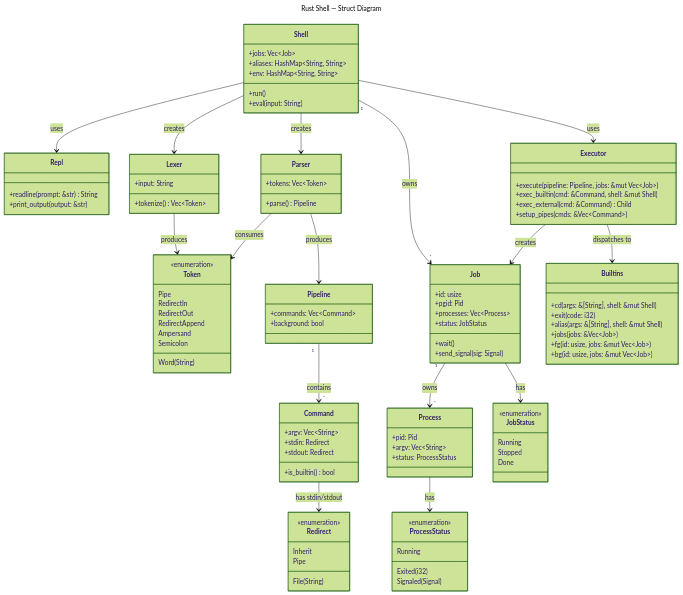
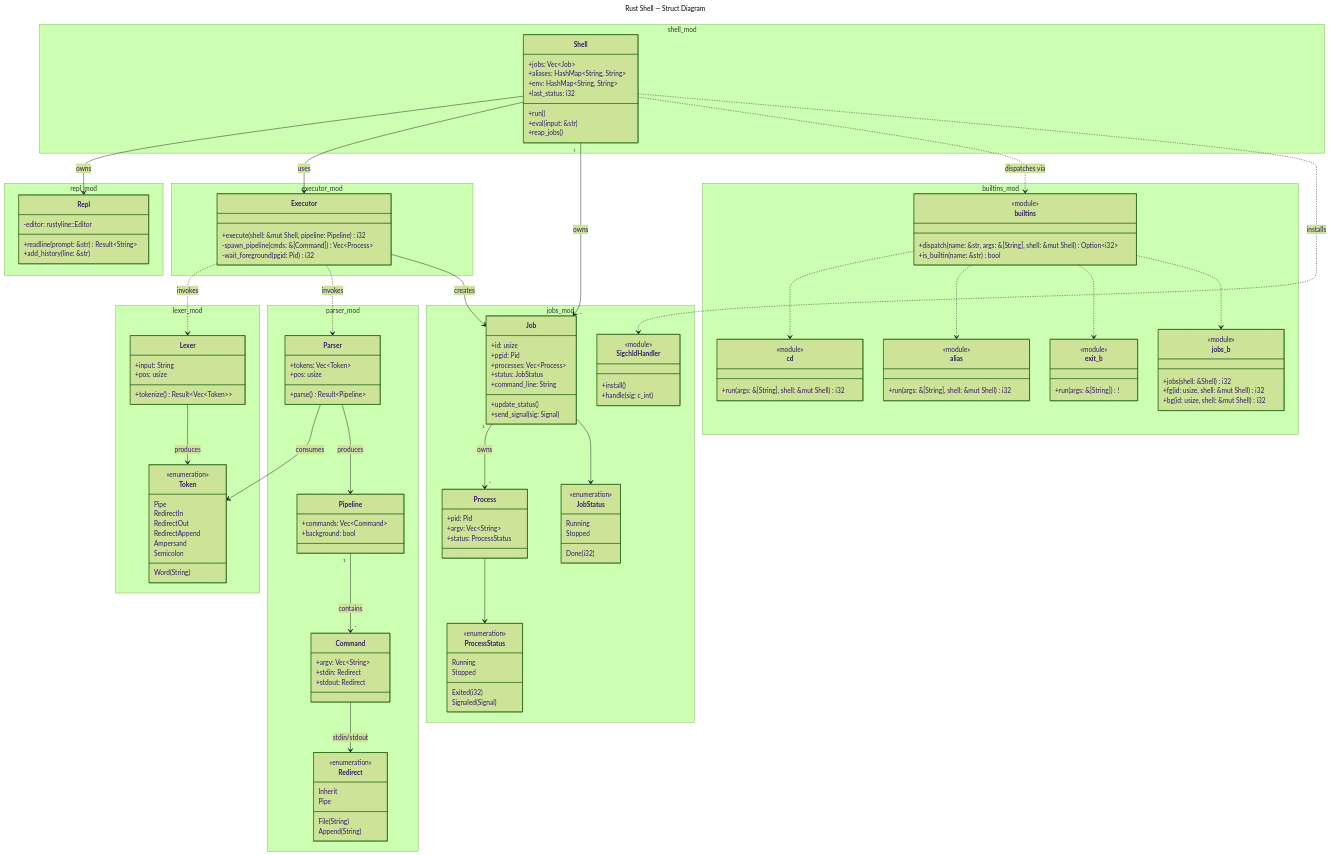
One commit to sailfact/rsh changed the diagram in Docs/shell_uml.mermaid. Above: the diagram before and after it, drawn with Mermaid (forest theme). The commit also changed 10 other files, not shown here.

```diff
--- a/Docs/shell_uml.mermaid
+++ b/Docs/shell_uml.mermaid
@@ -1,116 +1,170 @@
 ---
 title: Rust Shell — Struct Diagram
 ---
 classDiagram
-    class Shell {
-        +jobs: Vec~Job~
-        +aliases: HashMap~String, String~
-        +env: HashMap~String, String~
-        +run()
-        +eval(input: String)
+    namespace shell_mod {
+        class Shell {
+            +jobs: Vec~Job~
+            +aliases: HashMap~String, String~
+            +env: HashMap~String, String~
+            +last_status: i32
+            +run()
+            +eval(input: &str)
+            +reap_jobs()
+        }
     }
 
-    class Repl {
-        +readline(prompt: &str) String
-        +print_output(output: &str)
+    namespace repl_mod {
+        class Repl {
+            -editor: rustyline::Editor
+            +readline(prompt: &str) Result~String~
+            +add_history(line: &str)
+        }
     }
 
-    class Lexer {
-        +input: String
-        +tokenize() Vec~Token~
-    }
-    class Token {
-        <<enumeration>>
-        Word(String)
-        Pipe
-        RedirectIn
-        RedirectOut
-        RedirectAppend
-        Ampersand
-        Semicolon
+    namespace lexer_mod {
+        class Lexer {
+            +input: String
+            +pos: usize
+            +tokenize() Result~Vec~Token~~
+        }
+
+        class Token {
+            <<enumeration>>
+            Word(String)
+            Pipe
+            RedirectIn
+            RedirectOut
+            RedirectAppend
+            Ampersand
+            Semicolon
+        }
     }
 
-    class Parser {
-        +tokens: Vec~Token~
-        +parse() Pipeline
+    namespace parser_mod {
+        class Parser {
+            +tokens: Vec~Token~
+            +pos: usize
+            +parse() Result~Pipeline~
+        }
+
+        class Pipeline {
+            +commands: Vec~Command~
+            +background: bool
+        }
+
+        class Command {
+            +argv: Vec~String~
+            +stdin: Redirect
+            +stdout: Redirect
+        }
+
+        class Redirect {
+            <<enumeration>>
+            Inherit
+            File(String)
+            Append(String)
+            Pipe
+        }
     }
 
-    class Pipeline {
-        +commands: Vec~Command~
-        +background: bool
+    namespace executor_mod {
+        class Executor {
+            +execute(shell: &mut Shell, pipeline: Pipeline) i32
+            -spawn_pipeline(cmds: &[Command]) Vec~Process~
+            -wait_foreground(pgid: Pid) i32
+        }
     }
 
-    class Command {
-        +argv: Vec~String~
-        +stdin: Redirect
-        +stdout: Redirect
-        +is_builtin() bool
+    namespace jobs_mod {
+        class Job {
+            +id: usize
+            +pgid: Pid
+            +processes: Vec~Process~
+            +status: JobStatus
+            +command_line: String
+            +update_status()
+            +send_signal(sig: Signal)
+        }
+
+        class Process {
+            +pid: Pid
+            +argv: Vec~String~
+            +status: ProcessStatus
+        }
+
+        class JobStatus {
+            <<enumeration>>
+            Running
+            Stopped
+            Done(i32)
+        }
+
+        class ProcessStatus {
+            <<enumeration>>
+            Running
+            Exited(i32)
+            Signaled(Signal)
+            Stopped
+        }
+
+        class SigchldHandler {
+            <<module>>
+            +install()
+            +handle(sig: c_int)
+        }
     }
 
-    class Redirect {
-        <<enumeration>>
-        Inherit
-        File(String)
-        Pipe
+    namespace builtins_mod {
+        class builtins {
+            <<module>>
+            +dispatch(name: &str, args: &[String], shell: &mut Shell) Option~i32~
+            +is_builtin(name: &str) bool
+        }
+
+        class cd {
+            <<module>>
+            +run(args: &[String], shell: &mut Shell) i32
+        }
+
+        class alias {
+            <<module>>
+            +run(args: &[String], shell: &mut Shell) i32
+        }
+
+        class exit_b {
+            <<module>>
+            +run(args: &[String]) !
+        }
+
+        class jobs_b {
+            <<module>>
+            +jobs(shell: &Shell) i32
+            +fg(id: usize, shell: &mut Shell) i32
+            +bg(id: usize, shell: &mut Shell) i32
+        }
     }
 
-    class Executor {
-        +execute(pipeline: Pipeline, jobs: &mut Vec~Job~)
-        +exec_builtin(cmd: &Command, shell: &mut Shell)
-        +exec_external(cmd: &Command) Child
-        +setup_pipes(cmds: &Vec~Command~)
-    }
-
-    class Job {
-        +id: usize
-        +pgid: Pid
-        +processes: Vec~Process~
-        +status: JobStatus
-        +wait()
-        +send_signal(sig: Signal)
-    }
-
-    class Process {
-        +pid: Pid
-        +argv: Vec~String~
-        +status: ProcessStatus
-    }
-
-    class JobStatus {
-        <<enumeration>>
-        Running
-        Stopped
-        Done
-    }
-
-    class ProcessStatus {
-        <<enumeration>>
-        Running
-        Exited(i32)
-        Signaled(Signal)
-    }
-
-    class Builtins {
-        +cd(args: &[String], shell: &mut Shell)
-        +exit(code: i32)
-        +alias(args: &[String], shell: &mut Shell)
-        +jobs(jobs: &Vec~Job~)
-        +fg(id: usize, jobs: &mut Vec~Job~)
-        +bg(id: usize, jobs: &mut Vec~Job~)
-    }
-
-    Shell --> Repl : uses
-    Shell --> Lexer : creates
-    Shell --> Parser : creates
+    Shell --> Repl : owns
     Shell --> Executor : uses
     Shell "1" --> "*" Job : owns
+    Shell ..> builtins : dispatches via
+    Shell ..> SigchldHandler : installs
+
     Lexer --> Token : produces
     Parser --> Token : consumes
     Parser --> Pipeline : produces
     Pipeline "1" --> "*" Command : contains
-    Command --> Redirect : has stdin/stdout
+    Command --> Redirect : stdin/stdout
+
+    Executor ..> Lexer : invokes
+    Executor ..> Parser : invokes
     Executor --> Job : creates
-    Executor --> Builtins : dispatches to
     Job "1" --> "*" Process : owns
-    Job --> JobStatus : has
-    Process --> ProcessStatus : has
+    Job --> JobStatus
+    Process --> ProcessStatus
+
+    builtins ..> cd
+    builtins ..> alias
+    builtins ..> exit_b
+    builtins ..> jobs_b
```
